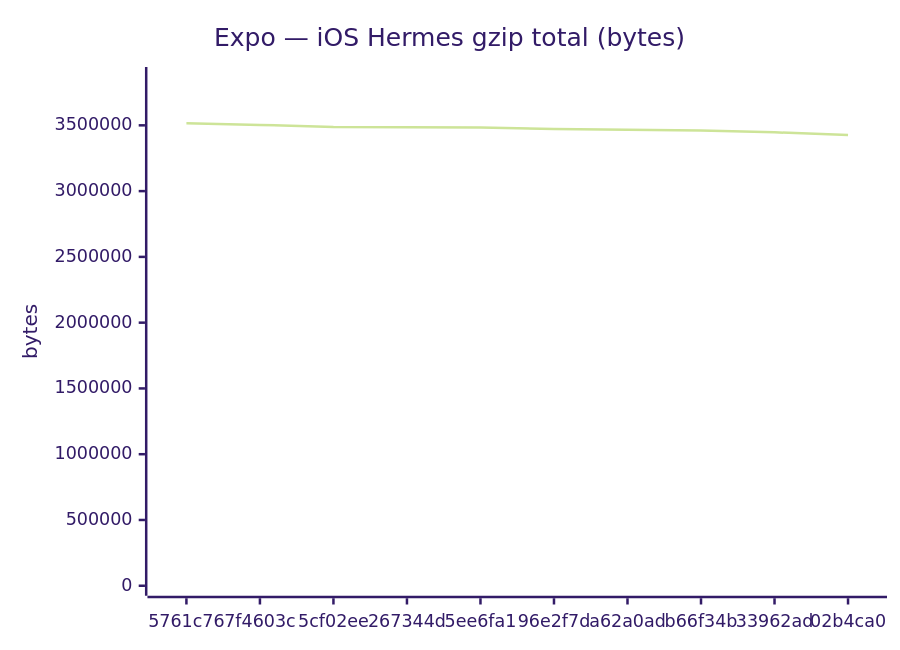
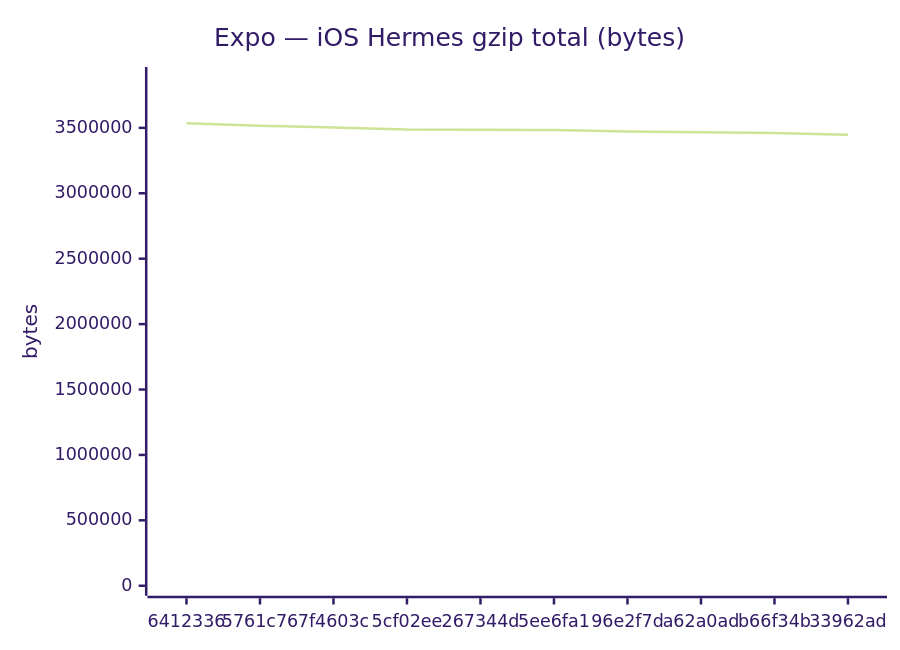
The sixth of 18 diagrams in benchmarks/compare.md (Metaheurist/Rianell), drawn with Mermaid (forest theme) before and after one commit. The commit also changed other lines of this file and 11 other files, not shown here.

````diff
--- a/benchmarks/compare.md
+++ b/benchmarks/compare.md
@@ -96,7 +96,7 @@
 ```mermaid
 xychart-beta
     title "Expo — iOS Hermes gzip total (bytes)"
-    x-axis ["5761c76", "7f4603c", "5cf02ee", "267344d", "5ee6fa1", "96e2f7d", "a62a0ad", "b66f34b", "33962ad", "02b4ca0"]
-    y-axis "bytes" 0 --> 3867448
-    line [3515861, 3502937, 3488256, 3486228, 3483393, 3471867, 3466755, 3460455, 3446796, 3426562]
+    x-axis ["6412336", "5761c76", "7f4603c", "5cf02ee", "267344d", "5ee6fa1", "96e2f7d", "a62a0ad", "b66f34b", "33962ad"]
+    y-axis "bytes" 0 --> 3888801
+    line [3535273, 3515861, 3502937, 3488256, 3486228, 3483393, 3471867, 3466755, 3460455, 3446796]
 ```
````
